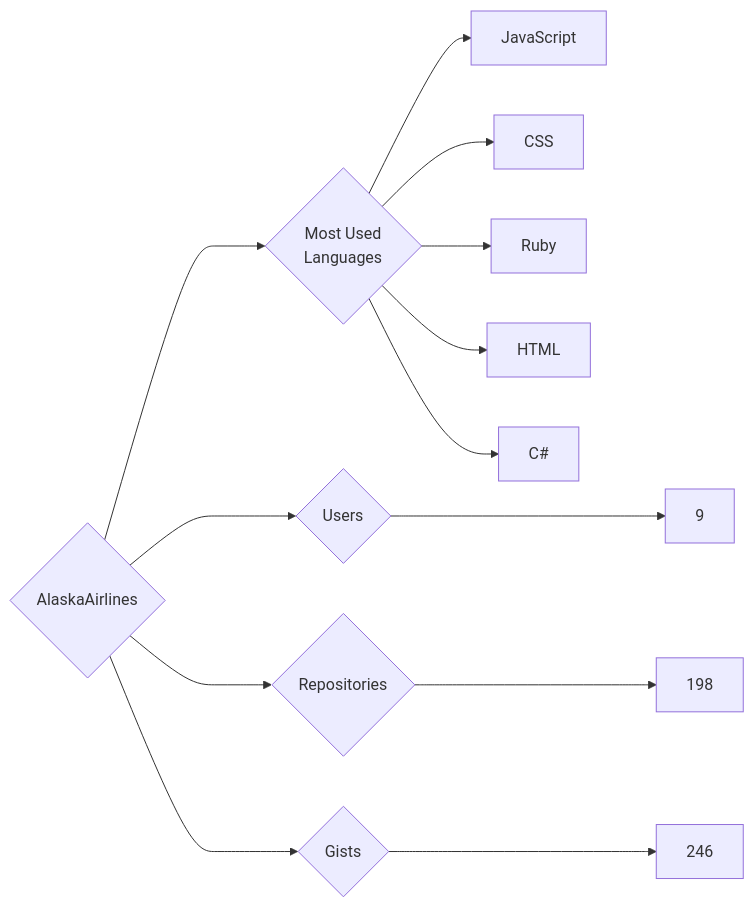
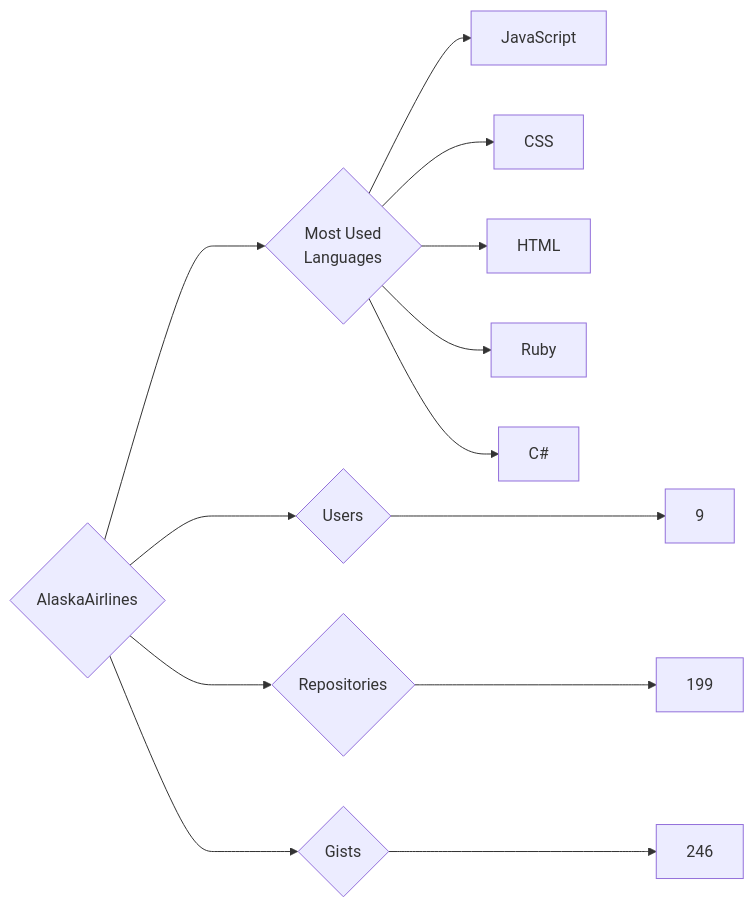
The diagram in targets/AlaskaAirlines/README.md (trickest/insiders), drawn with Mermaid before and after one commit. The commit also changed 847 other files, not shown here.

````diff
--- a/targets/AlaskaAirlines/README.md
+++ b/targets/AlaskaAirlines/README.md
@@ -3,13 +3,13 @@
 ```mermaid
 graph LR
 COMPANY_NAME{AlaskaAirlines}
 COMPANY_NAME ---> U{Users} ---> UN[9]
-COMPANY_NAME ---> R{Repositories} ---> RN[198]
+COMPANY_NAME ---> R{Repositories} ---> RN[199]
 COMPANY_NAME ---> G{Gists} ---> GN[246]
 COMPANY_NAME ---> ML{Most Used<br>Languages}
 ML --> JavaScript[JavaScript]
 ML --> CSS[CSS]
+ML --> HTML[HTML]
 ML --> Ruby[Ruby]
-ML --> HTML[HTML]
 ML --> C#[C#]
 ```
````
